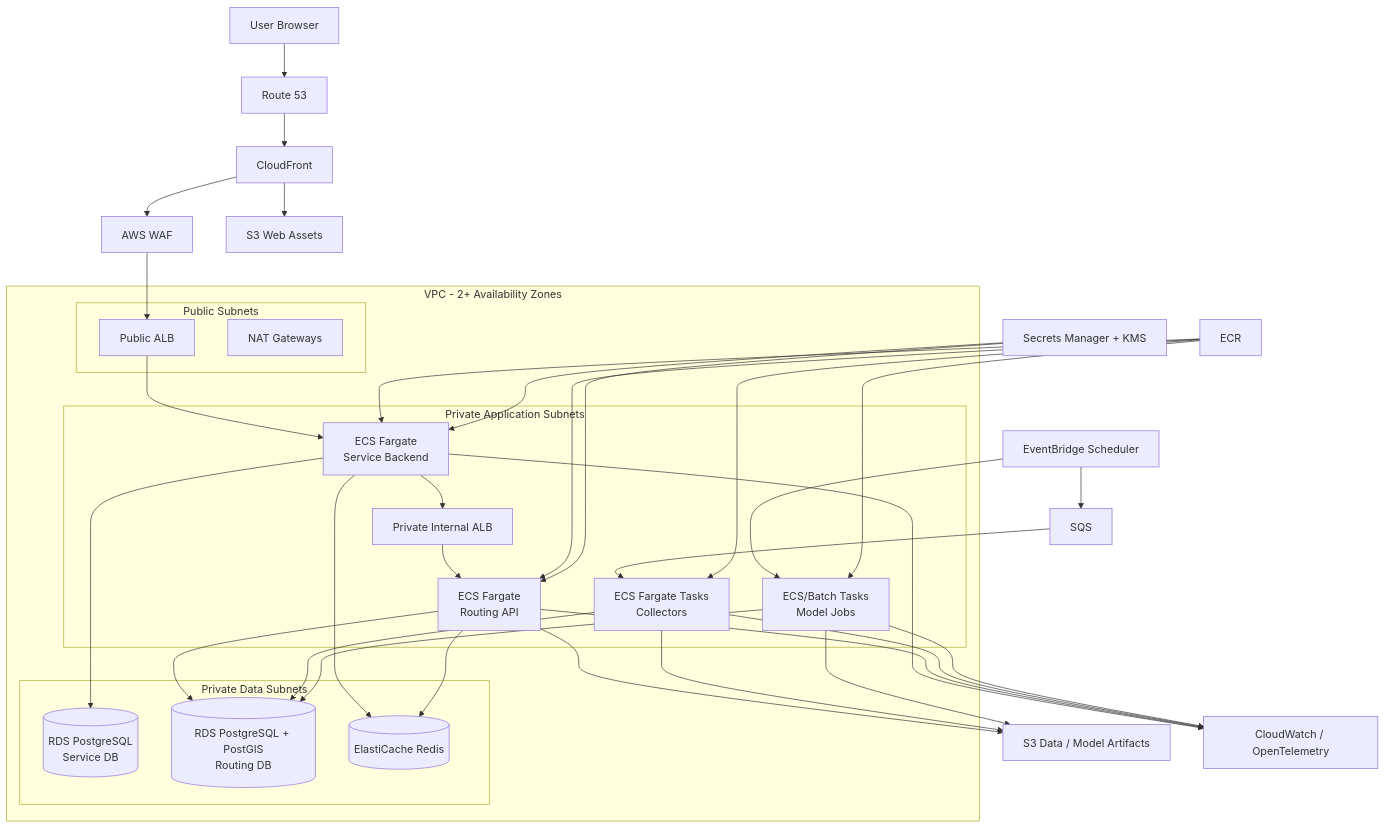
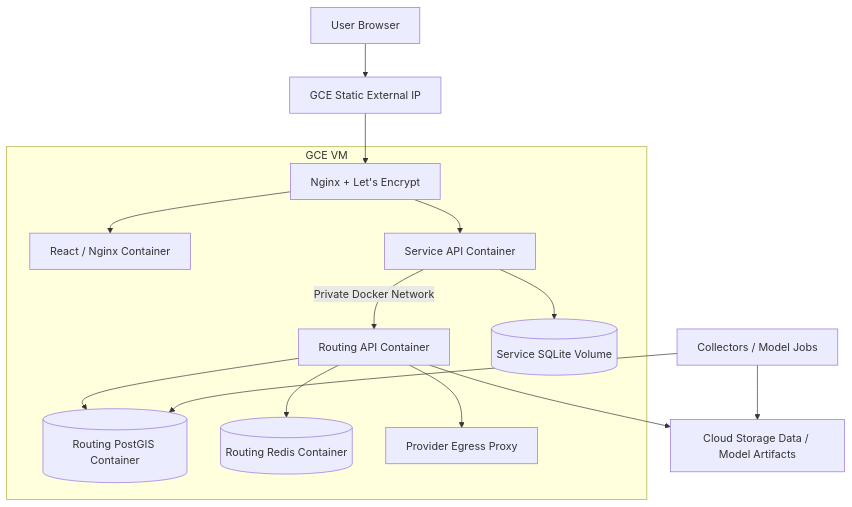
The fifth of 5 diagrams in src/docs/reference/FINAL_INTEGRATED_PLAN_v1.md (yunttai/82TA), drawn with Mermaid before and after one commit. The commit also changed other lines of this file and 202 other files, not shown here.

````diff
--- a/src/docs/reference/FINAL_INTEGRATED_PLAN_v1.md
+++ b/src/docs/reference/FINAL_INTEGRATED_PLAN_v1.md
@@ -5516,63 +5511,19 @@
 ```mermaid
 flowchart TB
-    USER[User Browser]
-    DNS[Route 53]
-    CF[CloudFront]
-    WAF[AWS WAF]
-    S3WEB[S3 Web Assets]
-    ALB[Public ALB]
+    USER[User Browser] --> IP[GCE Static External IP]
+    IP --> NGINX[Nginx + Let's Encrypt]
 
-    subgraph VPC[VPC - 2+ Availability Zones]
-        subgraph Public[Public Subnets]
-            ALB
-            NAT[NAT Gateways]
-        end
-
-        subgraph PrivateApp[Private Application Subnets]
-            SERVICE[ECS Fargate\nService Backend]
-            IALB[Private Internal ALB]
-            ROUTING[ECS Fargate\nRouting API]
-            COLLECTOR[ECS Fargate Tasks\nCollectors]
-            MODEL[ECS/Batch Tasks\nModel Jobs]
-        end
-
-        subgraph PrivateData[Private Data Subnets]
-            SDB[(RDS PostgreSQL\nService DB)]
-            RDB[(RDS PostgreSQL + PostGIS\nRouting DB)]
-            REDIS[(ElastiCache Redis)]
-        end
+    subgraph VM[GCE VM]
+        NGINX --> WEB[React / Nginx Container]
+        NGINX --> SERVICE[Service API Container]
+        SERVICE -->|Private Docker Network| ROUTING[Routing API Container]
+        SERVICE --> SDB[(Service SQLite Volume)]
+        ROUTING --> RDB[(Routing PostGIS Container)]
+        ROUTING --> REDIS[(Routing Redis Container)]
+        ROUTING --> EGRESS[Provider Egress Proxy]
     end
 
-    ECR[ECR]
-    SM[Secrets Manager + KMS]
-    OBJ[S3 Data / Model Artifacts]
-    EB[EventBridge Scheduler]
-    SQS[SQS]
-    CW[CloudWatch / OpenTelemetry]
-
-    USER --> DNS --> CF
-    CF --> S3WEB
-    CF --> WAF --> ALB --> SERVICE
-    SERVICE --> SDB
-    SERVICE --> REDIS
-    SERVICE --> IALB --> ROUTING
-    ROUTING --> RDB
-    ROUTING --> REDIS
-    ROUTING --> OBJ
-    EB --> SQS --> COLLECTOR
-    EB --> MODEL
-    COLLECTOR --> RDB
-    COLLECTOR --> OBJ
-    MODEL --> RDB
-    MODEL --> OBJ
-    ECR --> SERVICE
-    ECR --> ROUTING
-    ECR --> COLLECTOR
-    ECR --> MODEL
-    SM --> SERVICE
-    SM --> ROUTING
-    SERVICE --> CW
-    ROUTING --> CW
-    COLLECTOR --> CW
-    MODEL --> CW
+    ROUTING --> GCS[Cloud Storage Data / Model Artifacts]
+    COLLECTOR[Collectors / Model Jobs] --> RDB
+    COLLECTOR --> GCS
 ```
````
